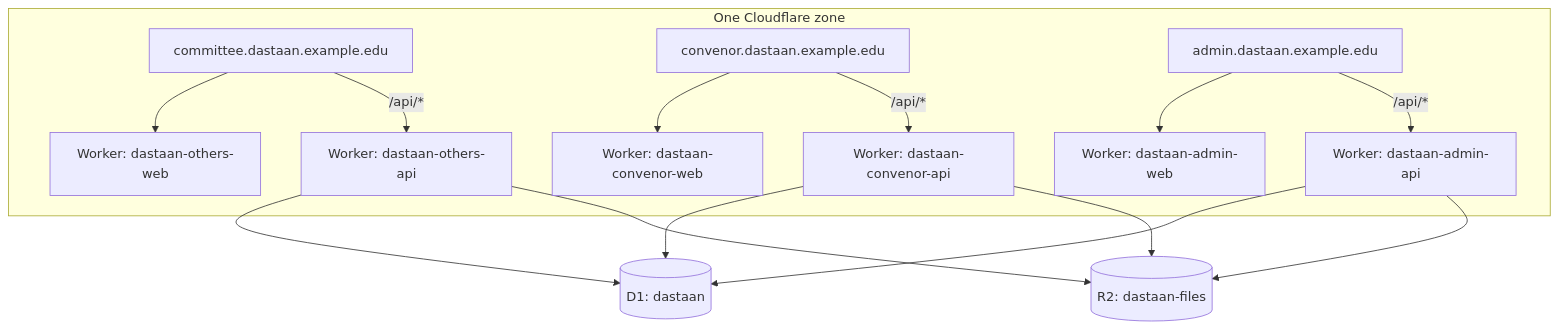
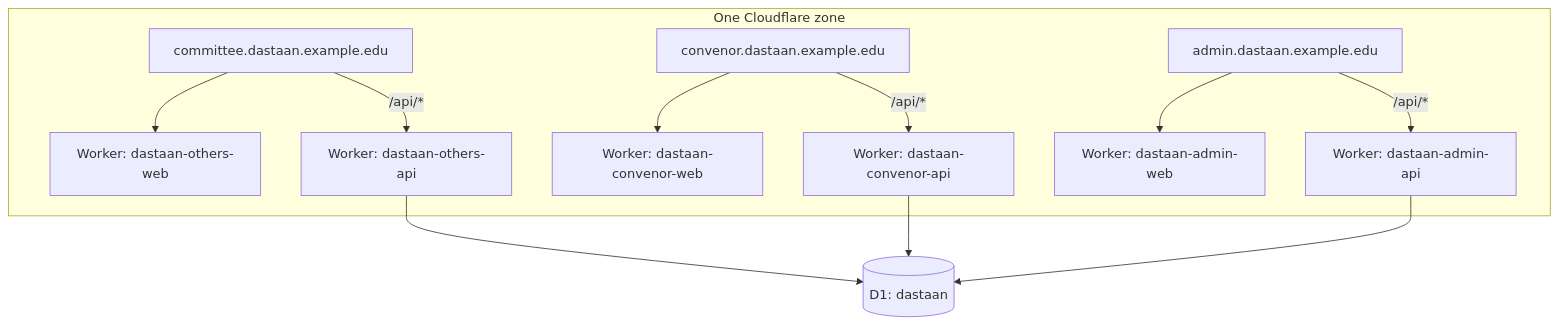
Before and after one commit to KarthickRamAlagar/Dastaan-Committee: the second of 5 diagrams in docs/HLD.md, drawn with Mermaid. The commit also changed other lines of this file and 17 other files, not shown here.

````diff
--- a/docs/HLD.md
+++ b/docs/HLD.md
@@ -57,13 +51,12 @@
 ```mermaid
 flowchart TB
   subgraph Zone["One Cloudflare zone"]
     D1x["committee.dastaan.example.edu"] --> W1["Worker: dastaan-others-web"]
     D2x["convenor.dastaan.example.edu"] --> W2["Worker: dastaan-convenor-web"]
     D3x["admin.dastaan.example.edu"] --> W3["Worker: dastaan-admin-web"]
     D1x -- "/api/*" --> S1["Worker: dastaan-others-api"]
     D2x -- "/api/*" --> S2["Worker: dastaan-convenor-api"]
     D3x -- "/api/*" --> S3["Worker: dastaan-admin-api"]
   end
   S1 & S2 & S3 --> DB[(D1: dastaan)]
-  S1 & S2 & S3 --> FS[(R2: dastaan-files)]
 ```
````
